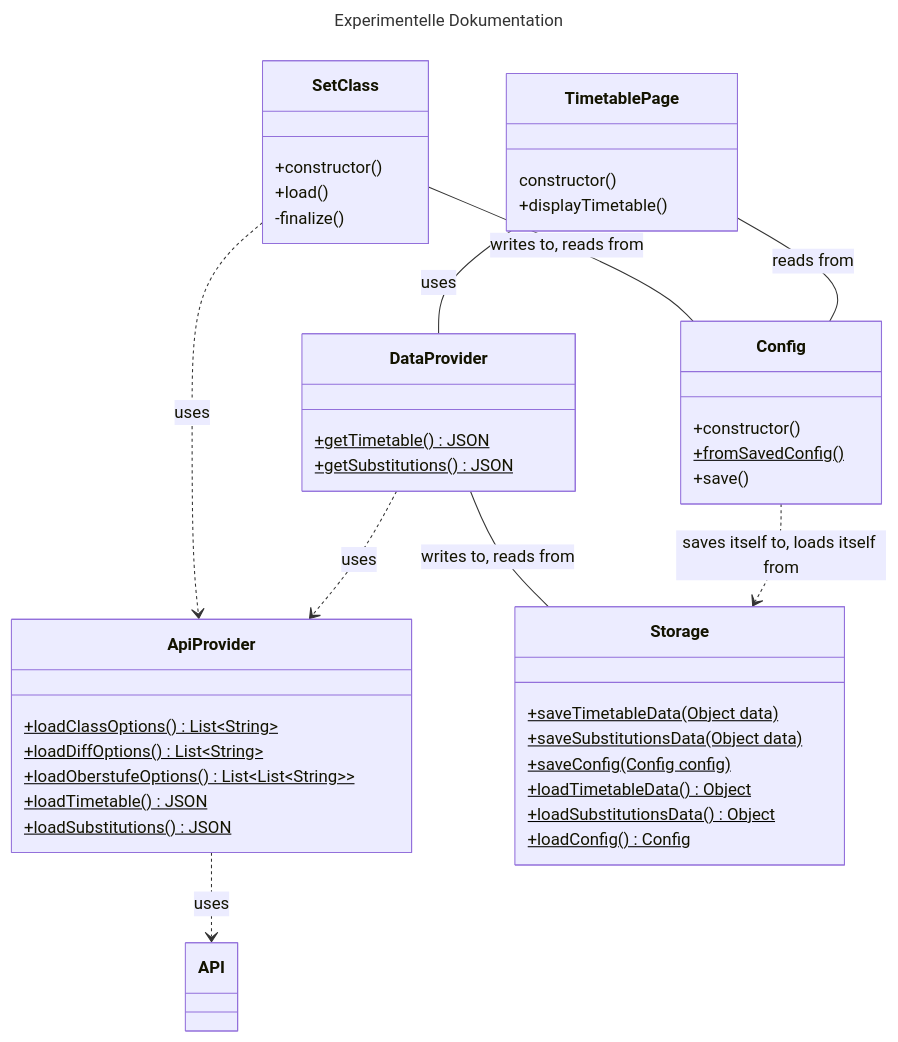
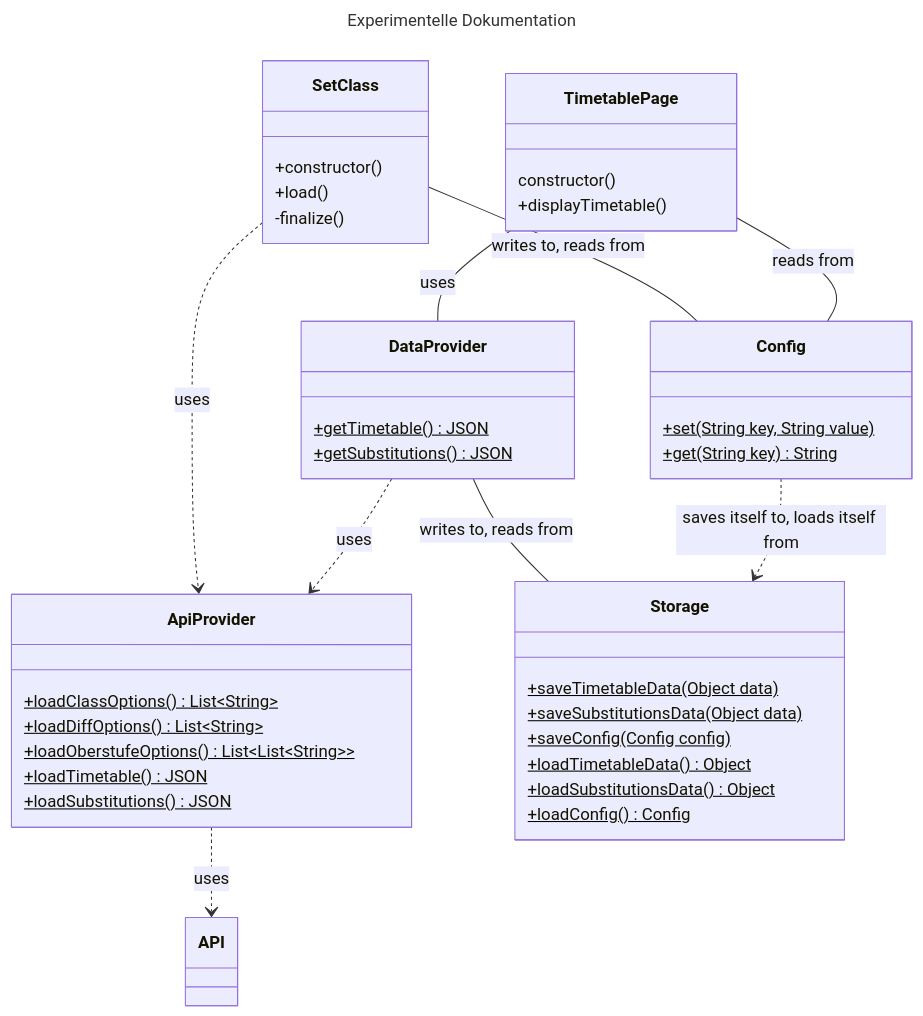
The diagram in DOCS/doc1.md (123654-dev/annette_app_x), drawn with Mermaid before and after one commit. The commit also changed 19 other files, not shown here.

Commit message:
Farbschema und automatische Farbschemata (Material 3) implementiert

````diff
--- a/DOCS/doc1.md
+++ b/DOCS/doc1.md
@@ -1,54 +1,54 @@
 ```mermaid
 ---
 title: Experimentelle Dokumentation
 ---
 classDiagram
 
 SetClass ..> ApiProvider : uses
 SetClass -- Config : writes to, reads from
 TimetablePage -- Config : reads from
 TimetablePage -- DataProvider : uses
 DataProvider ..> ApiProvider : uses
 DataProvider -- Storage : writes to, reads from
 Config ..> Storage : saves itself to, loads itself from
 ApiProvider ..> API: uses
 
 
 class SetClass {
     +constructor()
     +load()
     -finalize()
 }
 
 class Storage {
     +saveTimetableData(Object data)$
     +saveSubstitutionsData(Object data)$
     +saveConfig(Config config)$
     +loadTimetableData()$ Object
     +loadSubstitutionsData()$ Object
     +loadConfig()$ Config
 }
+
 class Config {
-    +constructor()
-    +fromSavedConfig()$
-    +save()
+    +set(String key, String value)$
+    +get(String key)$ String
 }
 
 class TimetablePage {
     constructor()
     +displayTimetable()
 }
 
 class DataProvider {
     +getTimetable()$ JSON
     +getSubstitutions()$ JSON
 }
 
 class ApiProvider {
     +loadClassOptions()$ List~String~
     +loadDiffOptions()$ List~String~
     +loadOberstufeOptions()$ List~List~String~~
     +loadTimetable()$ JSON
     +loadSubstitutions()$ JSON
 }
 ```
````
